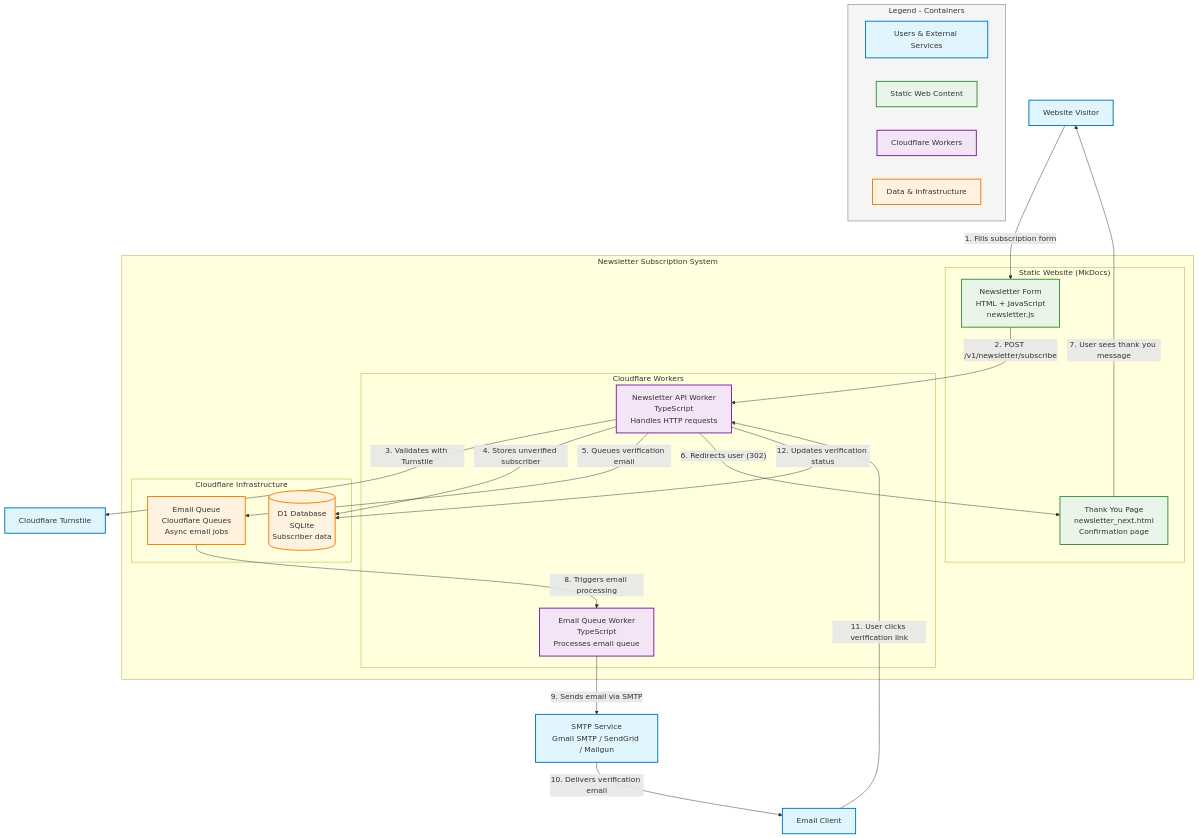
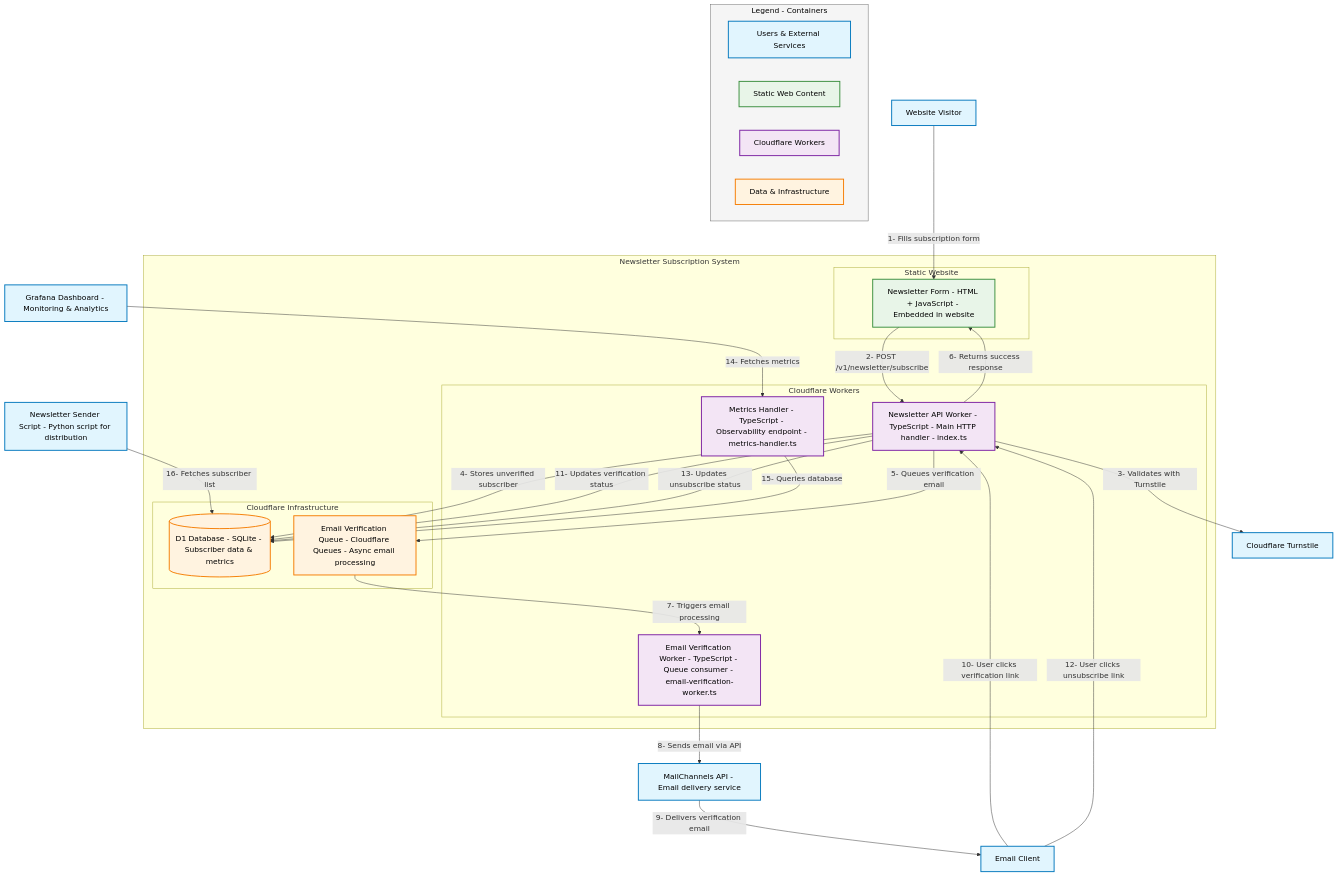
The second of 4 diagrams in docs/newsletter_design_spec.md (rnwolf/rnwolf-newsletter-backend-service), drawn with Mermaid before and after one commit. The commit also changed other lines of this file and 4 other files, not shown here.

Commit message:
Update C4 diagrams

````diff
--- a/docs/newsletter_design_spec.md
+++ b/docs/newsletter_design_spec.md
@@ -76,67 +82,73 @@
 ```mermaid
 graph TB
     %% External actors
     User["Website Visitor"]
     EmailClient["Email Client"]
     CFTurnstile["Cloudflare Turnstile"]
-    SMTPService["SMTP Service<br/>Gmail SMTP / SendGrid / Mailgun"]
+    MailChannels["MailChannels API - Email delivery service"]
+    Grafana["Grafana Dashboard - Monitoring & Analytics"]
+    NewsletterSender["Newsletter Sender Script - Python script for distribution"]
 
     %% C4 Model - Level 2: Container View
     subgraph NewsletterSystem["Newsletter Subscription System"]
-        subgraph StaticWebsite["Static Website (MkDocs)"]
-            WebForm["Newsletter Form<br/>HTML + JavaScript<br/>newsletter.js"]
-            NewsletterNext["Thank You Page<br/>newsletter_next.html<br/>Confirmation page"]
+        subgraph StaticWebsite["Static Website"]
+            WebForm["Newsletter Form - HTML + JavaScript - Embedded in website"]
         end
 
         subgraph CloudflareWorkers["Cloudflare Workers"]
-            APIWorker["Newsletter API Worker<br/>TypeScript<br/>Handles HTTP requests"]
-            EmailWorker["Email Queue Worker<br/>TypeScript<br/>Processes email queue"]
+            APIWorker["Newsletter API Worker - TypeScript - Main HTTP handler - index.ts"]
+            EmailWorker["Email Verification Worker - TypeScript - Queue consumer - email-verification-worker.ts"]
+            MetricsHandler["Metrics Handler - TypeScript - Observability endpoint - metrics-handler.ts"]
         end
 
         subgraph CloudflareServices["Cloudflare Infrastructure"]
-            D1DB[("D1 Database<br/>SQLite<br/>Subscriber data")]
-            EmailQueue["Email Queue<br/>Cloudflare Queues<br/>Async email jobs"]
+            D1DB[("D1 Database - SQLite - Subscriber data & metrics")]
+            EmailQueue["Email Verification Queue - Cloudflare Queues - Async email processing"]
         end
     end
 
     %% Container relationships
-    User -->|"1. Fills subscription form"| WebForm
-    WebForm -->|"2. POST /v1/newsletter/subscribe"| APIWorker
-    APIWorker -->|"3. Validates with Turnstile"| CFTurnstile
-    APIWorker -->|"4. Stores unverified subscriber"| D1DB
-    APIWorker -->|"5. Queues verification email"| EmailQueue
-    APIWorker -->|"6. Redirects user (302)"| NewsletterNext
-    NewsletterNext -->|"7. User sees thank you message"| User
-    EmailQueue -->|"8. Triggers email processing"| EmailWorker
-    EmailWorker -->|"9. Sends email via SMTP"| SMTPService
-    SMTPService -->|"10. Delivers verification email"| EmailClient
-    EmailClient -->|"11. User clicks verification link"| APIWorker
-    APIWorker -->|"12. Updates verification status"| D1DB
+    User -->|1- Fills subscription form| WebForm
+    WebForm -->|2- POST /v1/newsletter/subscribe| APIWorker
+    APIWorker -->|3- Validates with Turnstile| CFTurnstile
+    APIWorker -->|4- Stores unverified subscriber| D1DB
+    APIWorker -->|5- Queues verification email| EmailQueue
+    APIWorker -->|6- Returns success response| WebForm
+    EmailQueue -->|7- Triggers email processing| EmailWorker
+    EmailWorker -->|8- Sends email via API| MailChannels
+    MailChannels -->|9- Delivers verification email| EmailClient
+    EmailClient -->|10- User clicks verification link| APIWorker
+    APIWorker -->|11- Updates verification status| D1DB
+    EmailClient -->|12- User clicks unsubscribe link| APIWorker
+    APIWorker -->|13- Updates unsubscribe status| D1DB
+    Grafana -->|14- Fetches metrics| MetricsHandler
+    MetricsHandler -->|15- Queries database| D1DB
+    NewsletterSender -->|16- Fetches subscriber list| D1DB
 
     %% Legend
     subgraph Legend["Legend - Containers"]
         LegendUser["Users & External Services"]
         LegendWeb["Static Web Content"]
         LegendWorker["Cloudflare Workers"]
         LegendData["Data & Infrastructure"]
     end
 
     %% Styling
-    classDef userFlow fill:#e1f5fe,stroke:#0277bd,stroke-width:2px
-    classDef webFlow fill:#e8f5e8,stroke:#388e3c,stroke-width:2px
-    classDef workerFlow fill:#f3e5f5,stroke:#7b1fa2,stroke-width:2px
-    classDef dataFlow fill:#fff3e0,stroke:#f57c00,stroke-width:2px
-    classDef legendBox fill:#f5f5f5,stroke:#666,stroke-width:1px
+    classDef userFlow fill:#e1f5fe,stroke:#0277bd,stroke-width:2px,color:#000
+    classDef webFlow fill:#e8f5e8,stroke:#388e3c,stroke-width:2px,color:#000
+    classDef workerFlow fill:#f3e5f5,stroke:#7b1fa2,stroke-width:2px,color:#000
+    classDef dataFlow fill:#fff3e0,stroke:#f57c00,stroke-width:2px,color:#000
+    classDef legendBox fill:#f5f5f5,stroke:#666,stroke-width:1px,color:#000
 
-    class User,EmailClient,CFTurnstile,SMTPService userFlow
-    class WebForm,NewsletterNext webFlow
-    class APIWorker,EmailWorker workerFlow
+    class User,EmailClient,CFTurnstile,MailChannels,Grafana,NewsletterSender userFlow
+    class WebForm webFlow
+    class APIWorker,EmailWorker,MetricsHandler workerFlow
     class D1DB,EmailQueue dataFlow
     class Legend,LegendUser,LegendWeb,LegendWorker,LegendData legendBox
 
     %% Apply legend colors
     class LegendUser userFlow
     class LegendWeb webFlow
     class LegendWorker workerFlow
     class LegendData dataFlow
 ```
````
